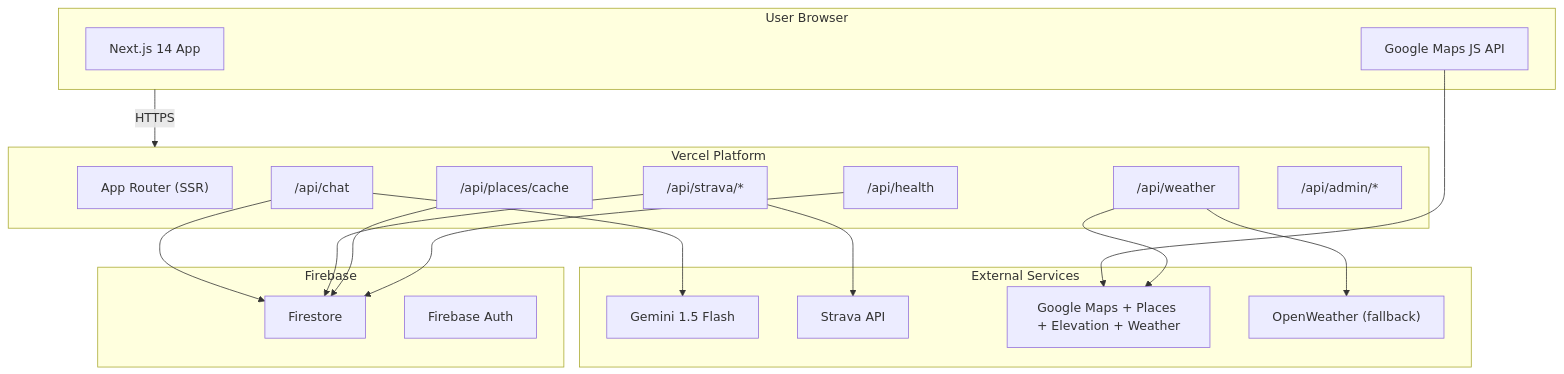
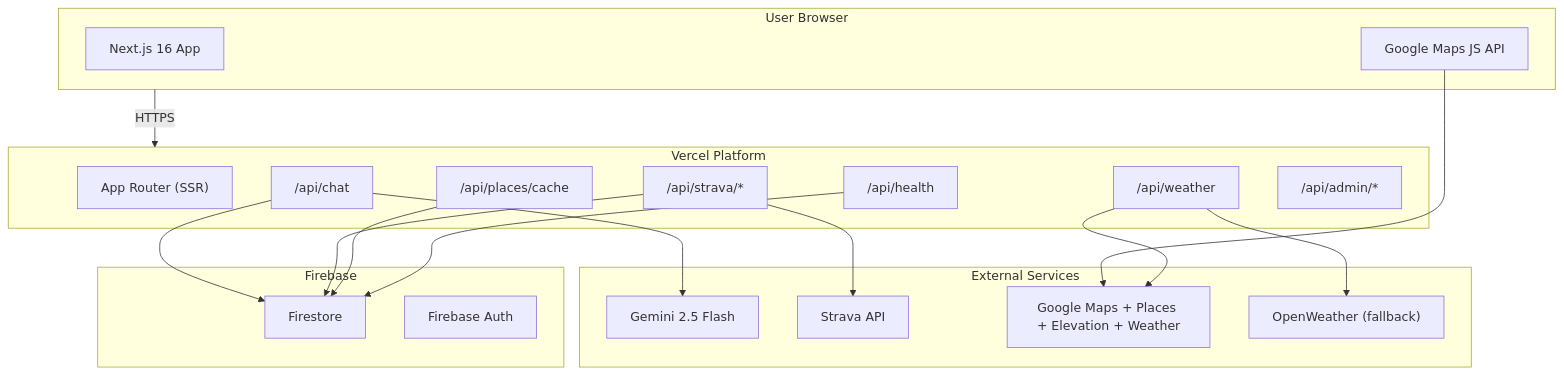
Before and after one commit to Oweeboi011/Fit-Ready-IQ: the second of 18 diagrams in docs/solution-plan/SOLUTION-PLAN.md, drawn with Mermaid. The commit also changed other lines of this file and 11 other files, not shown here.

First line of the commit message:
docs: fix stale paths, branch flow, versions, and structural bugs

````diff
--- a/docs/solution-plan/SOLUTION-PLAN.md
+++ b/docs/solution-plan/SOLUTION-PLAN.md
@@ -136,40 +136,40 @@
 ```mermaid
 graph TB
     subgraph Client["User Browser"]
-        NextApp["Next.js 14 App"]
+        NextApp["Next.js 16 App"]
         MapsSDK["Google Maps JS API"]
     end
 
     subgraph Vercel["Vercel Platform"]
         SSR["App Router (SSR)"]
         ChatRoute["/api/chat"]
         WeatherRoute["/api/weather"]
         StravaRoutes["/api/strava/*"]
         PlacesRoute["/api/places/cache"]
         HealthRoute["/api/health"]
         AdminRoutes["/api/admin/*"]
     end
 
     subgraph External["External Services"]
-        Gemini["Gemini 1.5 Flash"]
+        Gemini["Gemini 2.5 Flash"]
         Strava["Strava API"]
         Google["Google Maps + Places + Elevation + Weather"]
         OpenWeather["OpenWeather (fallback)"]
     end
 
     subgraph Firebase["Firebase"]
         Firestore["Firestore"]
         Auth["Firebase Auth"]
     end
 
     Client -->|HTTPS| Vercel
     MapsSDK --> Google
     ChatRoute --> Gemini
     ChatRoute --> Firestore
     WeatherRoute --> Google
     WeatherRoute --> OpenWeather
     StravaRoutes --> Strava
     StravaRoutes --> Firestore
     PlacesRoute --> Firestore
     HealthRoute --> Firestore
 ```
````
